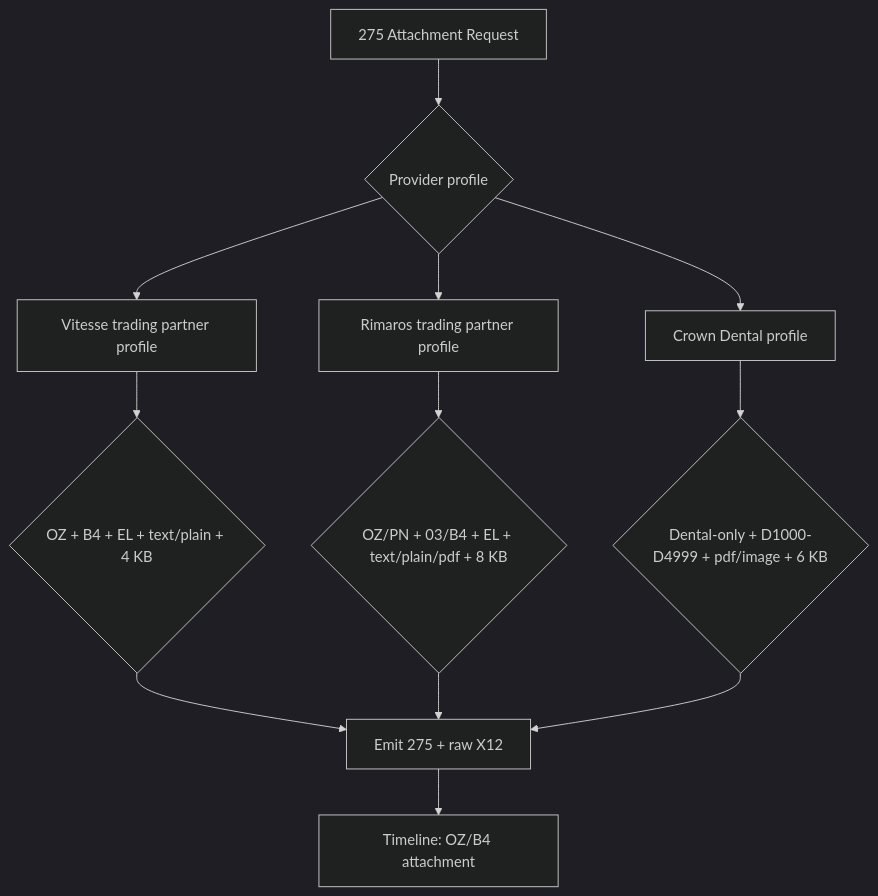
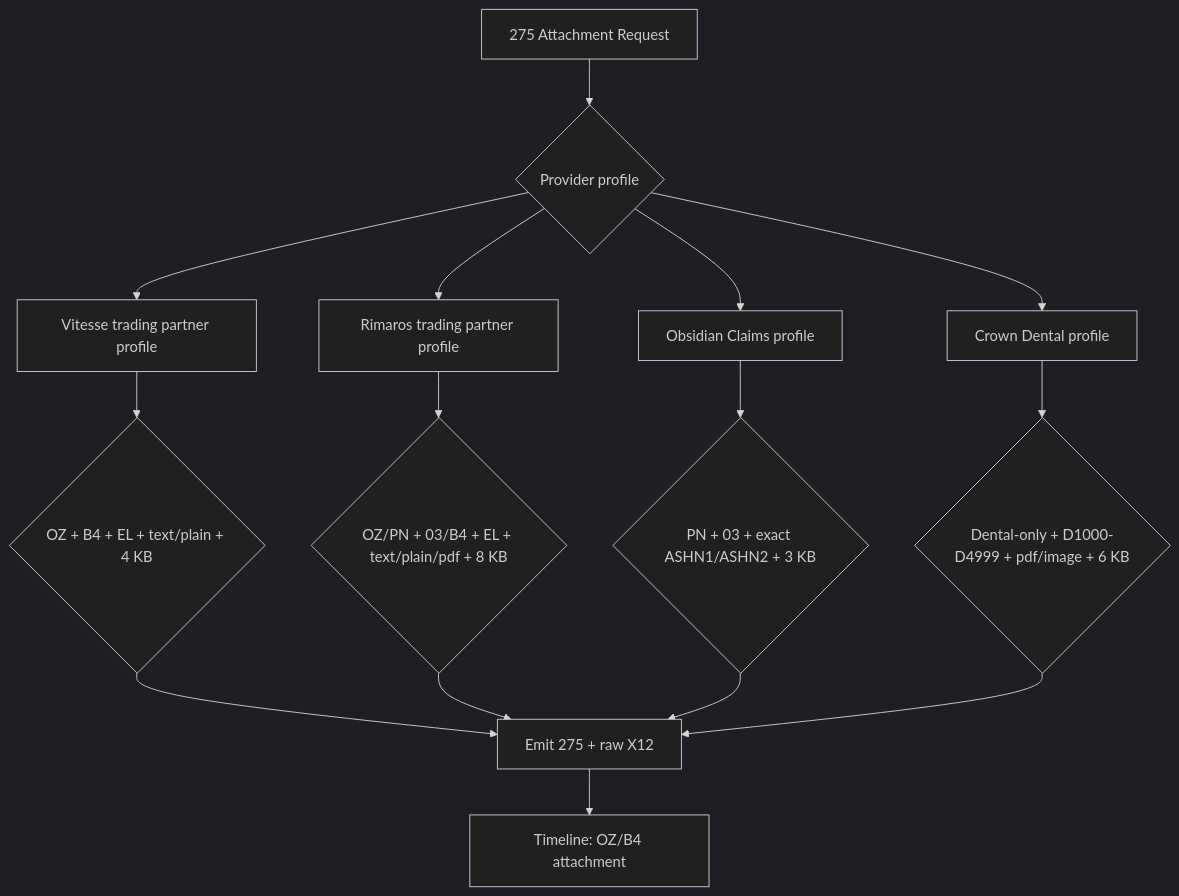
The ninth of 17 diagrams in docs/supported-workflows.md (orieken/adventure-society-health-network), drawn with Mermaid (dark theme) before and after one commit. The commit also changed other lines of this file and 5 other files, not shown here.

Commit message:
Add Obsidian claims companion guide

````diff
--- a/docs/supported-workflows.md
+++ b/docs/supported-workflows.md
@@ -250,14 +250,17 @@
 ```mermaid
 flowchart TD
     A["275 Attachment Request"] --> B{"Provider profile"}
     B --> C["Vitesse trading partner profile"]
     B --> D["Rimaros trading partner profile"]
+    B --> K["Obsidian Claims profile"]
     B --> I["Crown Dental profile"]
     C --> E{"OZ + B4 + EL + text/plain + 4 KB"}
     D --> F{"OZ/PN + 03/B4 + EL + text/plain/pdf + 8 KB"}
+    K --> L{"PN + 03 + exact ASHN1/ASHN2 + 3 KB"}
     I --> J{"Dental-only + D1000-D4999 + pdf/image + 6 KB"}
     E --> G["Emit 275 + raw X12"]
     F --> G
+    L --> G
     J --> G
     G --> H["Timeline: OZ/B4 attachment"]
 ```
````
